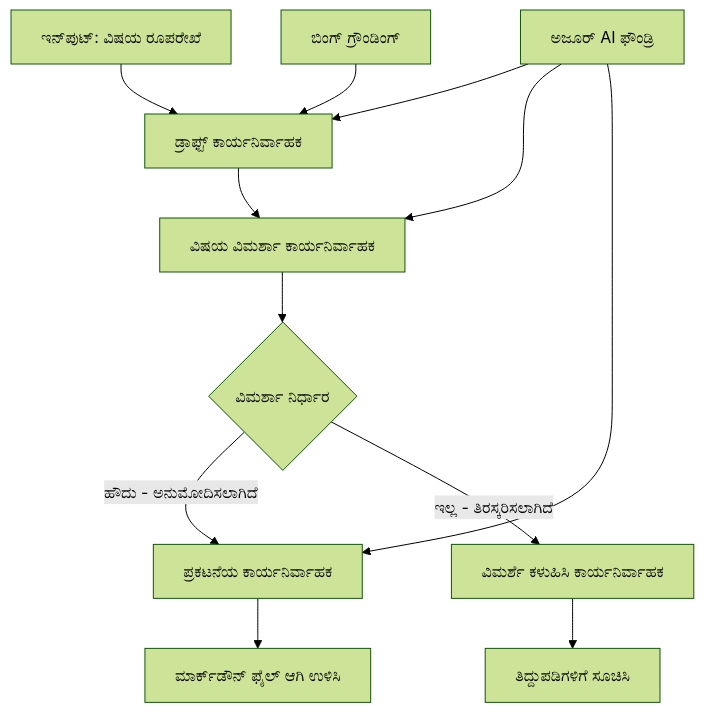
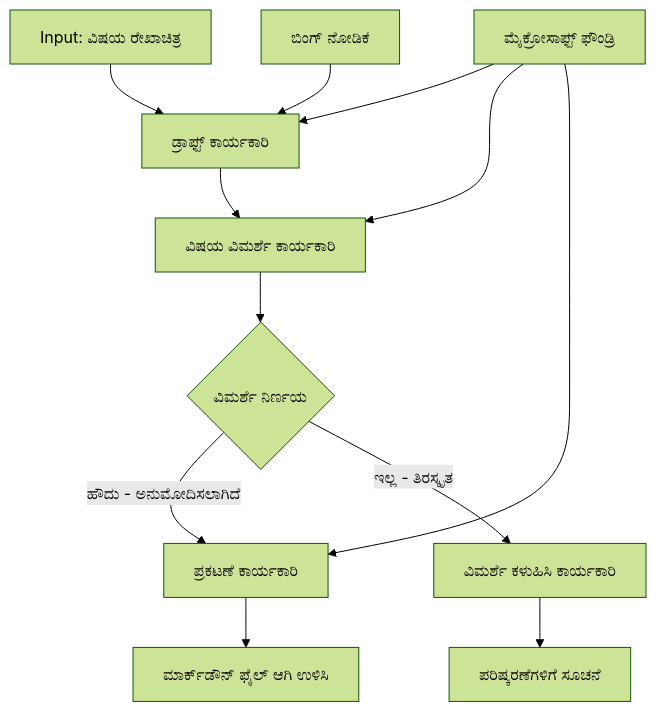
Before and after one commit to venturemavenwill/azureaifundamentals: the diagram in translations/kn/08-multi-agent/code_samples/workflows-agent-framework/dotNET/04.dotnet-agent-framework-workflow-aifoundry-condition.md, drawn with Mermaid (forest theme). The commit also changed other lines of this file and 4861 other files, not shown here.

````diff
--- a/translations/kn/08-multi-agent/code_samples/workflows-agent-framework/dotNET/04.dotnet-agent-framework-workflow-aifoundry-condition.md
+++ b/translations/kn/08-multi-agent/code_samples/workflows-agent-framework/dotNET/04.dotnet-agent-framework-workflow-aifoundry-condition.md
@@ -78,18 +78,18 @@
 ```mermaid
 graph TD
-    A[ಇನ್‌ಪುಟ್: ವಿಷಯ ರೂಪರೇಖೆ] --> B[ಡ್ರಾಫ್ಟ್ ಕಾರ್ಯನಿರ್ವಾಹಕ]
-    B --> C[ವಿಷಯ ವಿಮರ್ಶಾ ಕಾರ್ಯನಿರ್ವಾಹಕ]
-    C --> D{ವಿಮರ್ಶಾ ನಿರ್ಧಾರ}
+    A[Input: ವಿಷಯ ರೇಖಾಚಿತ್ರ] --> B[ಡ್ರಾಫ್ಟ್ ಕಾರ್ಯಕಾರಿ]
+    B --> C[ವಿಷಯ ವಿಮರ್ಶೆ ಕಾರ್ಯಕಾರಿ]
+    C --> D{ವಿಮರ್ಶೆ ನಿರ್ಣಯ}
     
-    D -->|ಹೌದು - ಅನುಮೋದಿಸಲಾಗಿದೆ| E[ಪ್ರಕಟನೆಯ ಕಾರ್ಯನಿರ್ವಾಹಕ]
-    D -->|ಇಲ್ಲ - ತಿರಸ್ಕರಿಸಲಾಗಿದೆ| F[ವಿಮರ್ಶೆ ಕಳುಹಿಸಿ ಕಾರ್ಯನಿರ್ವಾಹಕ]
+    D -->|ಹೌದು - ಅನುಮೋದಿಸಲಾಗಿದೆ| E[ಪ್ರಕಟಣೆ ಕಾರ್ಯಕಾರಿ]
+    D -->|ಇಲ್ಲ - ತಿರಸ್ಕೃತ| F[ವಿಮರ್ಶೆ ಕಳುಹಿಸಿ ಕಾರ್ಯಕಾರಿ]
     
     E --> G[ಮಾರ್ಕ್‌ಡೌನ್ ಫೈಲ್ ಆಗಿ ಉಳಿಸಿ]
-    F --> H[ತಿದ್ದುಪಡಿಗಳಿಗೆ ಸೂಚಿಸಿ]
+    F --> H[ಪರಿಷ್ಕರಣೆಗಳಿಗೆ ಸೂಚನೆ]
     
-    I[ಅಜೂರ್ AI ಫೌಂಡ್ರಿ] --> B
+    I[ಮೈಕ್ರೋಸಾಫ್ಟ್ ಫೌಂಡ್ರಿ] --> B
     I --> C
     I --> E
     
-    J[ಬಿಂಗ್ ಗ್ರೌಂಡಿಂಗ್] --> B
+    J[ಬಿಂಗ್ ನೋಡಿಕೆ] --> B
 ```
````
